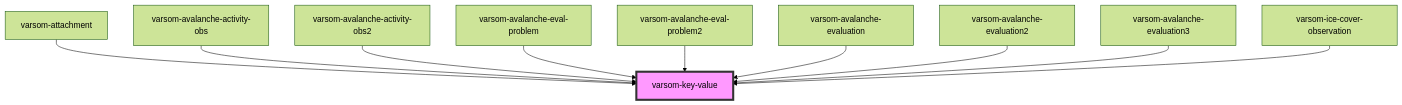
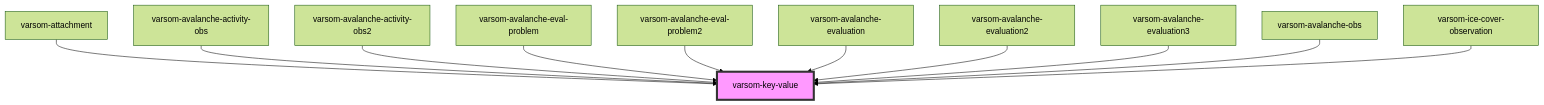
Before and after one commit to NVE/varsom-observation: the diagram in observasjonskort/src/components/varsom-key-value/readme.md, drawn with Mermaid (forest theme). The commit also changed other lines of this file and 8 other files, not shown here.

Commit message:
updated varsom avalanche obs component

````diff
--- a/observasjonskort/src/components/varsom-key-value/readme.md
+++ b/observasjonskort/src/components/varsom-key-value/readme.md
@@ -31,13 +32,14 @@
 ```mermaid
 graph TD;
   varsom-attachment --> varsom-key-value
   varsom-avalanche-activity-obs --> varsom-key-value
   varsom-avalanche-activity-obs2 --> varsom-key-value
   varsom-avalanche-eval-problem --> varsom-key-value
   varsom-avalanche-eval-problem2 --> varsom-key-value
   varsom-avalanche-evaluation --> varsom-key-value
   varsom-avalanche-evaluation2 --> varsom-key-value
   varsom-avalanche-evaluation3 --> varsom-key-value
+  varsom-avalanche-obs --> varsom-key-value
   varsom-ice-cover-observation --> varsom-key-value
   style varsom-key-value fill:#f9f,stroke:#333,stroke-width:4px
 ```
````
